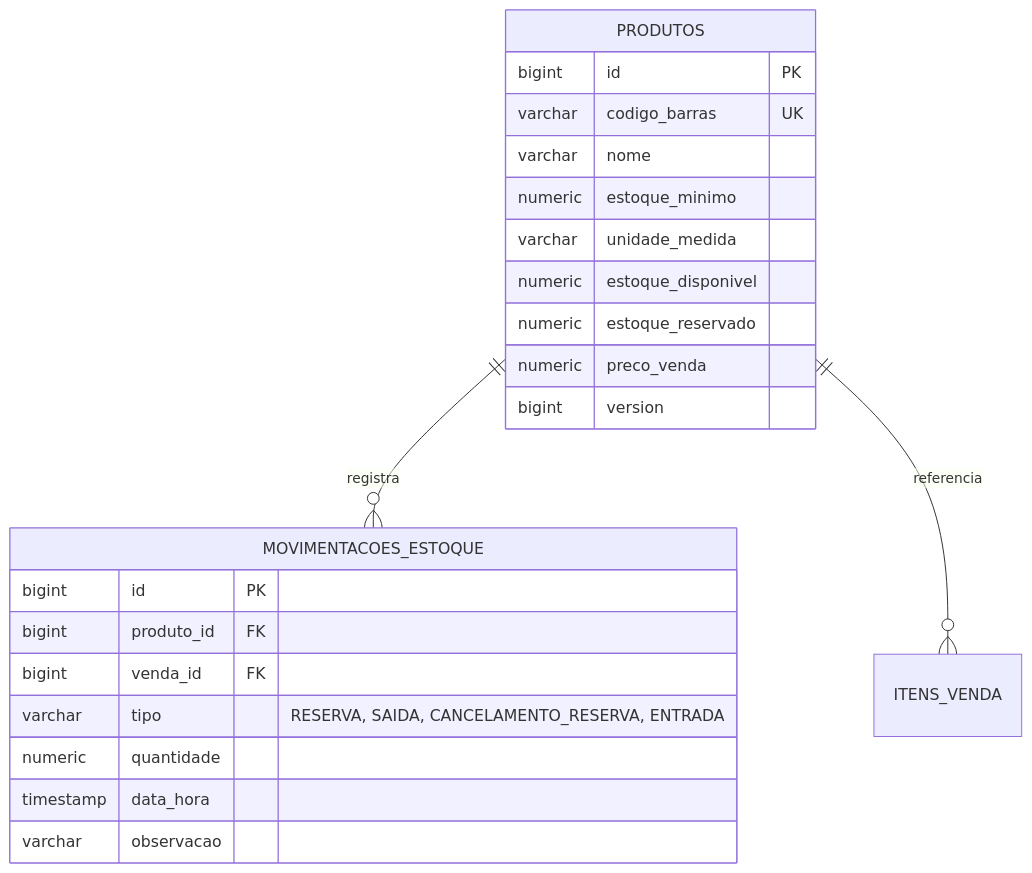
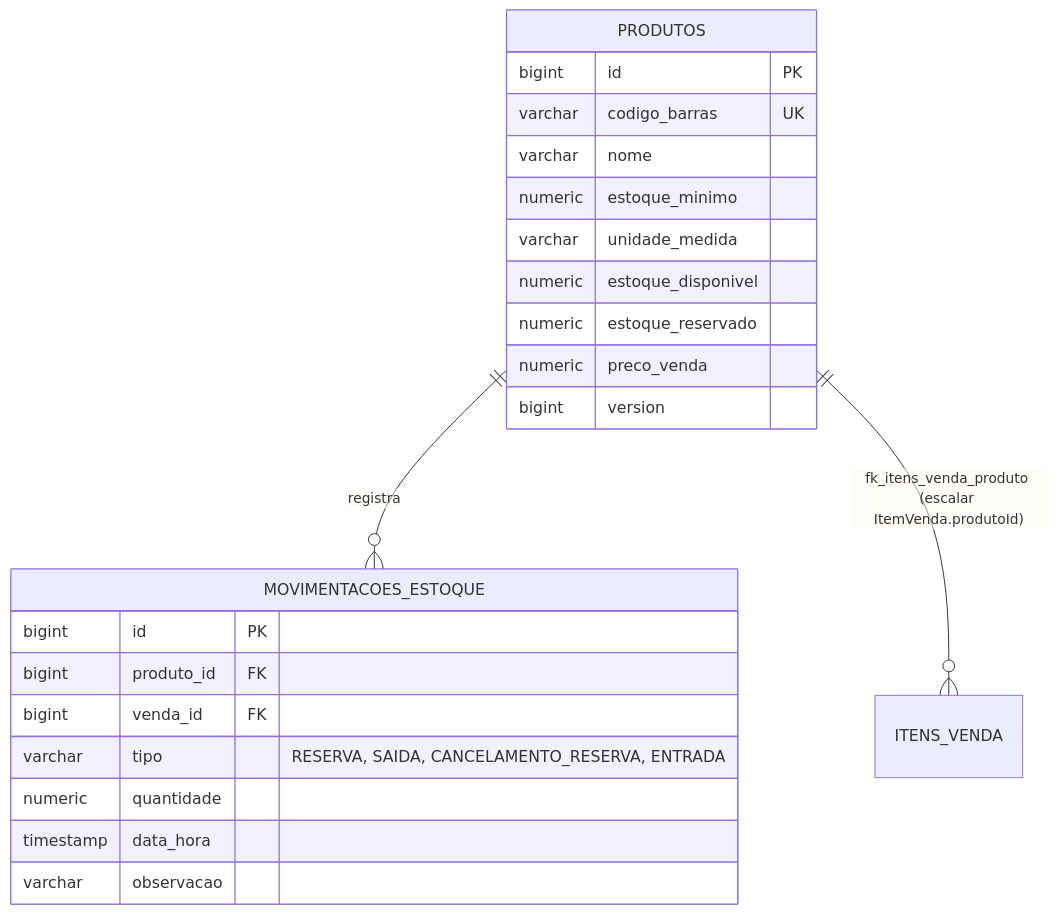
One commit to iXDGabrielTK/petshop-microservices changed the fourth of 4 diagrams in docs/domains/inventory.md. Above: the diagram before and after it, drawn with Mermaid. The commit also changed other lines of this file and 13 other files, not shown here.

````diff
--- a/docs/domains/inventory.md
+++ b/docs/domains/inventory.md
@@ -66,27 +75,27 @@
 ```mermaid
 erDiagram
     PRODUTOS ||--o{ MOVIMENTACOES_ESTOQUE : registra
-    PRODUTOS ||--o{ ITENS_VENDA : referencia
+    PRODUTOS ||--o{ ITENS_VENDA : "fk_itens_venda_produto (escalar ItemVenda.produtoId)"
 
     PRODUTOS {
         bigint id PK
         varchar codigo_barras UK
         varchar nome
         numeric estoque_minimo
         varchar unidade_medida
         numeric estoque_disponivel
         numeric estoque_reservado
         numeric preco_venda
         bigint version
     }
 
     MOVIMENTACOES_ESTOQUE {
         bigint id PK
         bigint produto_id FK
         bigint venda_id FK
         varchar tipo "RESERVA, SAIDA, CANCELAMENTO_RESERVA, ENTRADA"
         numeric quantidade
         timestamp data_hora
         varchar observacao
     }
 ```
````
